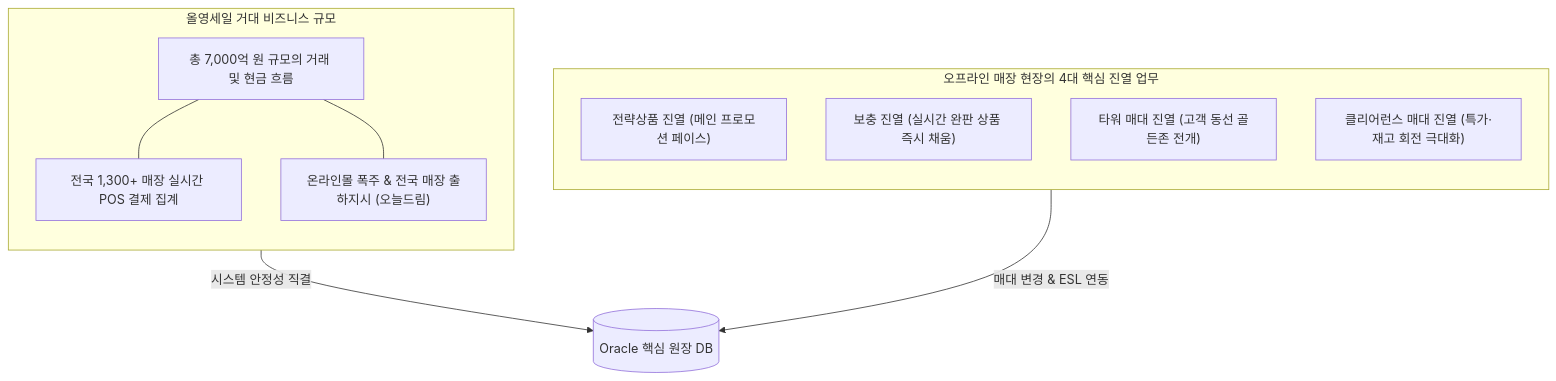
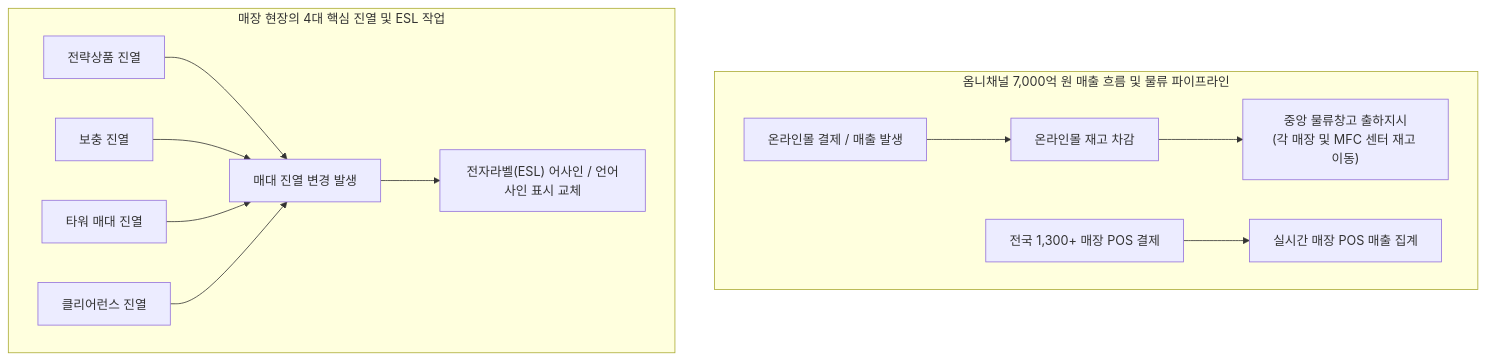
Before and after one commit to djpibo/djpibo.github.io: the first of 5 diagrams in docs/case/2026-1Q/oy-sale-stat-hourly-cpu-sql.md, drawn with Mermaid. The commit also changed other lines of this file and 4 other files, not shown here.

Commit message:
docs: 올영세일 회고 1편 도메인 중심 서술 정제 및 Mermaid 렌더링 지원 추가

````diff
--- a/docs/case/2026-1Q/oy-sale-stat-hourly-cpu-sql.md
+++ b/docs/case/2026-1Q/oy-sale-stat-hourly-cpu-sql.md
@@ -29,22 +25,17 @@
 ```mermaid
-flowchart TD
-    subgraph Scale["올영세일 거대 비즈니스 규모"]
-        direction TB
-        S1["총 7,000억 원 규모의 거래 및 현금 흐름"]
-        S2["전국 1,300+ 매장 실시간 POS 결제 집계"]
-        S3["온라인몰 폭주 & 전국 매장 출하지시 (오늘드림)"]
-        S1 --- S2
-        S1 --- S3
+graph TD
+    subgraph Flow["옴니채널 7,000억 원 매출 흐름 및 물류 파이프라인"]
+        A["온라인몰 결제 / 매출 발생"] --> B["온라인몰 재고 차감"]
+        B --> C["중앙 물류창고 출하지시<br/>(각 매장 및 MFC 센터 재고 이동)"]
+        D["전국 1,300+ 매장 POS 결제"] --> E["실시간 매장 POS 매출 집계"]
     end
 
-    subgraph Field["오프라인 매장 현장의 4대 핵심 진열 업무"]
-        direction TB
-        F1["전략상품 진열 (메인 프로모션 페이스)"]
-        F2["보충 진열 (실시간 완판 상품 즉시 채움)"]
-        F3["타워 매대 진열 (고객 동선 골든존 전개)"]
-        F4["클리어런스 매대 진열 (특가·재고 회전 극대화)"]
+    subgraph Store["매장 현장의 4대 핵심 진열 및 ESL 작업"]
+        F1["전략상품 진열"]
+        F2["보충 진열"]
+        F3["타워 매대 진열"]
+        F4["클리어런스 진열"]
+        F1 & F2 & F3 & F4 --> G["매대 진열 변경 발생"]
+        G --> H["전자라벨(ESL) 어사인 / 언어사인 표시 교체"]
     end
-
-    Scale -->|시스템 안정성 직결| DB[("Oracle 핵심 원장 DB")]
-    Field -->|매대 변경 & ESL 연동| DB
 ```
````
